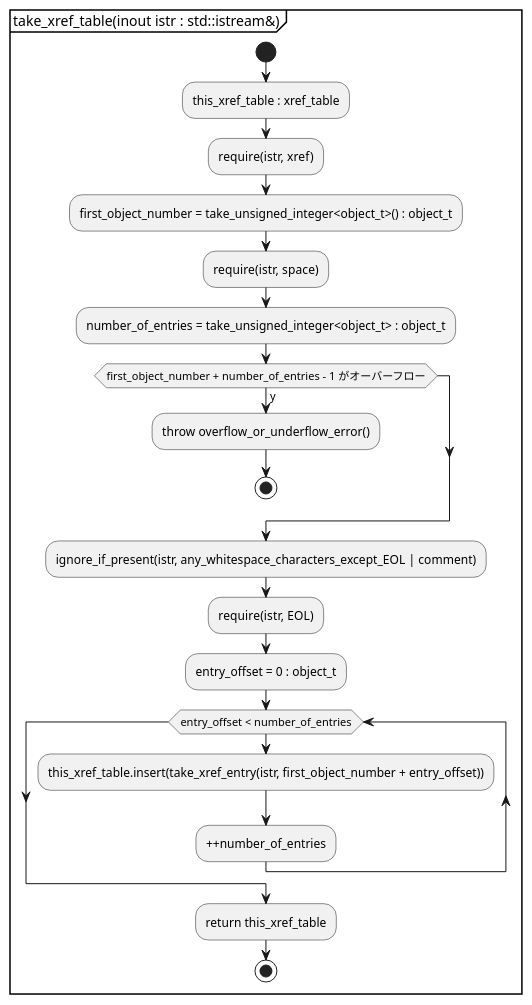
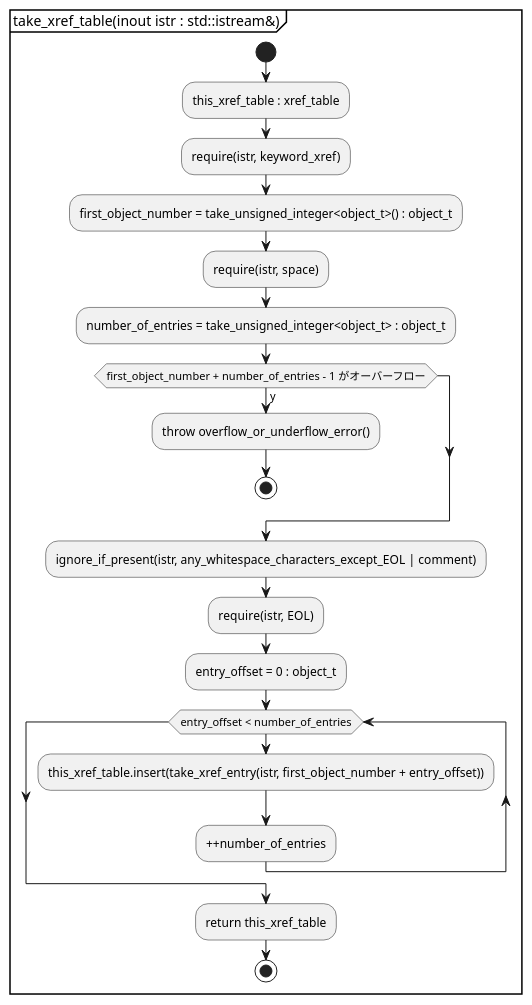
One commit to KodaiYM/PDFReader changed the sixth of 11 diagrams in document/parser.activity.pu. Above: the diagram before and after it, drawn with PlantUML. The commit also changed other lines of this file and 8 other files, not shown here.

```diff
--- a/document/parser.activity.pu
+++ b/document/parser.activity.pu
@@ -90,23 +90,23 @@
 @startuml take_xref_table
 partition "take_xref_table(inout istr : std::istream&)" {
 start
 	:this_xref_table : xref_table;
-	:require(istr, xref);
+	:require(istr, keyword_xref);
 	:first_object_number = take_unsigned_integer<object_t>() : object_t;
 	:require(istr, space);
 	:number_of_entries = take_unsigned_integer<object_t> : object_t;
 	if (first_object_number + number_of_entries - 1 がオーバーフロー) then (y)
 		:throw overflow_or_underflow_error();
 		stop
 	endif
 	:ignore_if_present(istr, any_whitespace_characters_except_EOL | comment);
 	:require(istr, EOL);
 	:entry_offset = 0 : object_t;
 	while (entry_offset < number_of_entries)
 		:this_xref_table.insert(take_xref_entry(istr, first_object_number + entry_offset));
 		:++number_of_entries;
 	endwhile
 	:return this_xref_table;
 stop
 }
 @enduml
```
